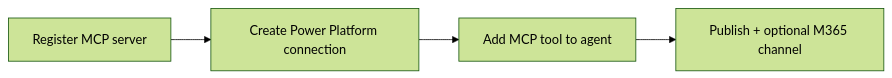
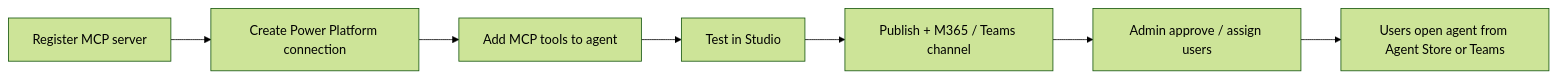
The diagram in docs/client-setup/SETUP_MICROSOFT_COPILOT.md (ovaledge/oe_mcp), drawn with Mermaid (forest theme) before and after one commit. The commit also changed other lines of this file and 96 other files, not shown here.

````diff
--- a/docs/client-setup/SETUP_MICROSOFT_COPILOT.md
+++ b/docs/client-setup/SETUP_MICROSOFT_COPILOT.md
@@ -64,6 +77,9 @@
 ```mermaid
 flowchart LR
   A[Register MCP server] --> B[Create Power Platform connection]
-  B --> C[Add MCP tool to agent]
-  C --> D[Publish + optional M365 channel]
+  B --> C[Add MCP tools to agent]
+  C --> D[Test in Studio]
+  D --> E[Publish + M365 / Teams channel]
+  E --> F[Admin approve / assign users]
+  F --> G[Users open agent from Agent Store or Teams]
 ```
````
